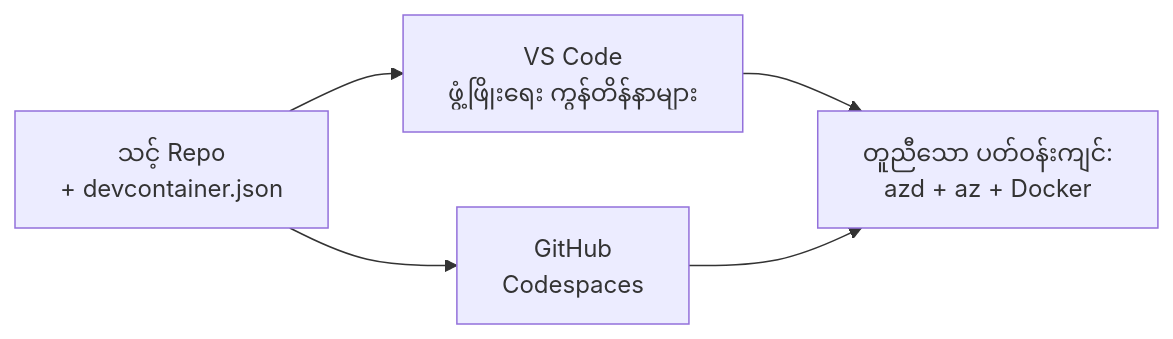
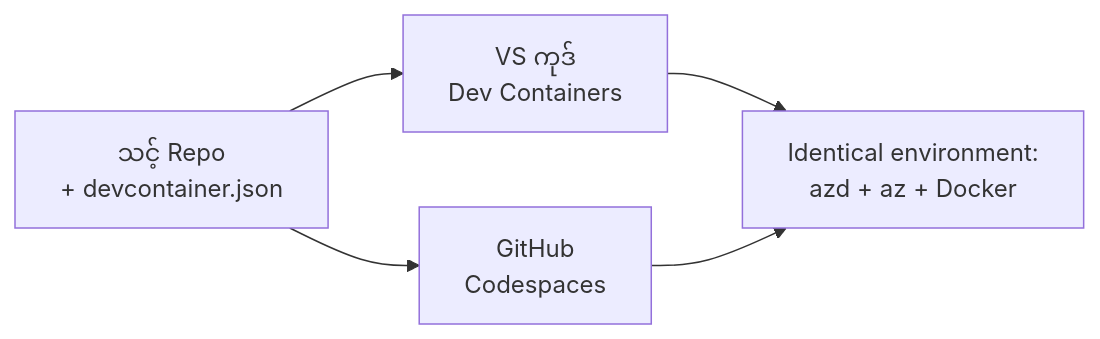
One commit to microsoft/AZD-for-beginners changed the diagram in translations/my/docs/chapter-01-foundation/dev-containers.md. Above: the diagram before and after it, drawn with Mermaid. The commit also changed other lines of this file and 59 other files, not shown here.

````diff
--- a/translations/my/docs/chapter-01-foundation/dev-containers.md
+++ b/translations/my/docs/chapter-01-foundation/dev-containers.md
@@ -39,7 +41,7 @@
 ```mermaid
 graph LR
-    Repo[သင့် Repo<br/>+ devcontainer.json] --> VSCode[VS Code<br/>ဖွံ့ဖြိုးရေး ကွန်တိန်နာများ]
+    Repo[သင့် Repo<br/>+ devcontainer.json] --> VSCode[VS ကုဒ်<br/>Dev Containers]
     Repo --> Codespaces[GitHub<br/>Codespaces]
-    VSCode --> Env[တူညီသော ပတ်ဝန်းကျင်:<br/>azd + az + Docker]
+    VSCode --> Env[Identical environment:<br/>azd + az + Docker]
     Codespaces --> Env
 ```
````
